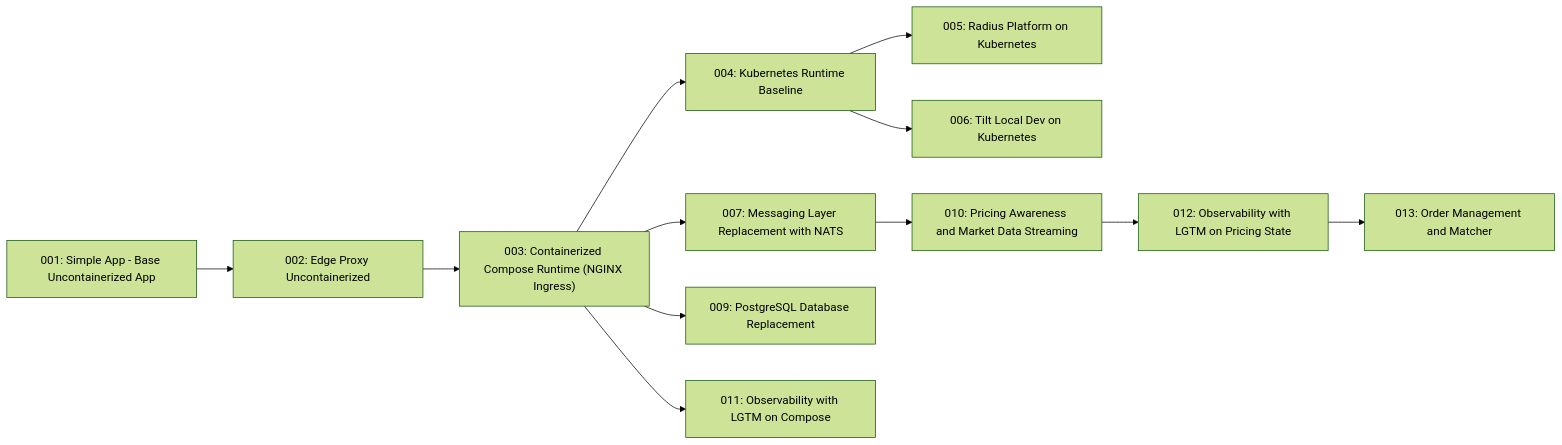
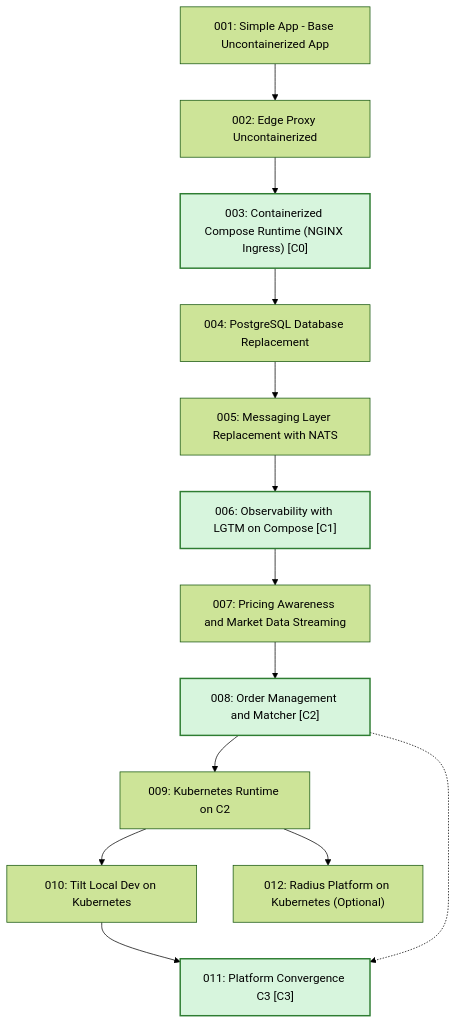
Before and after one commit to finos/traderX: the second of 3 diagrams in docs/spec-kit/visual-learning-graphs.md, drawn with Mermaid (forest theme). The commit also changed other lines of this file and 480 other files, not shown here.

Commit message:
refactor: adopt convergence state model and regenerate docs/runtime artifacts

````diff
--- a/docs/spec-kit/visual-learning-graphs.md
+++ b/docs/spec-kit/visual-learning-graphs.md
@@ -11,38 +36,44 @@
 ```mermaid
-flowchart LR
+flowchart TB
   S001_baseline_uncontainerized_parity["001: Simple App - Base Uncontainerized App"]
   S002_edge_proxy_uncontainerized["002: Edge Proxy Uncontainerized"]
-  S003_containerized_compose_runtime["003: Containerized Compose Runtime (NGINX Ingress)"]
-  S004_kubernetes_runtime["004: Kubernetes Runtime Baseline"]
-  S005_radius_kubernetes_platform["005: Radius Platform on Kubernetes"]
-  S006_tilt_kubernetes_dev_loop["006: Tilt Local Dev on Kubernetes"]
-  S007_messaging_nats_replacement["007: Messaging Layer Replacement with NATS"]
-  S009_postgres_database_replacement["009: PostgreSQL Database Replacement"]
-  S010_pricing_awareness_market_data["010: Pricing Awareness and Market Data Streaming"]
-  S011_observability_lgtm_compose["011: Observability with LGTM on Compose"]
-  S012_observability_on_pricing["012: Observability with LGTM on Pricing State"]
-  S013_order_management_matcher["013: Order Management and Matcher"]
+  S003_containerized_compose_runtime["003: Containerized Compose Runtime (NGINX Ingress) [C0]"]
+  S004_postgres_database_replacement["004: PostgreSQL Database Replacement"]
+  S005_messaging_nats_replacement["005: Messaging Layer Replacement with NATS"]
+  S006_observability_lgtm_compose["006: Observability with LGTM on Compose [C1]"]
+  S007_pricing_awareness_market_data["007: Pricing Awareness and Market Data Streaming"]
+  S008_order_management_matcher["008: Order Management and Matcher [C2]"]
+  S009_kubernetes_runtime["009: Kubernetes Runtime on C2"]
+  S010_tilt_kubernetes_dev_loop["010: Tilt Local Dev on Kubernetes"]
+  S011_platform_convergence_c3["011: Platform Convergence C3 [C3]"]
+  S012_radius_kubernetes_platform["012: Radius Platform on Kubernetes (Optional)"]
   S001_baseline_uncontainerized_parity --> S002_edge_proxy_uncontainerized
   S002_edge_proxy_uncontainerized --> S003_containerized_compose_runtime
-  S003_containerized_compose_runtime --> S004_kubernetes_runtime
-  S004_kubernetes_runtime --> S005_radius_kubernetes_platform
-  S004_kubernetes_runtime --> S006_tilt_kubernetes_dev_loop
-  S003_containerized_compose_runtime --> S007_messaging_nats_replacement
-  S003_containerized_compose_runtime --> S009_postgres_database_replacement
-  S007_messaging_nats_replacement --> S010_pricing_awareness_market_data
-  S003_containerized_compose_runtime --> S011_observability_lgtm_compose
-  S010_pricing_awareness_market_data --> S012_observability_on_pricing
-  S012_observability_on_pricing --> S013_order_management_matcher
+  S003_containerized_compose_runtime --> S004_postgres_database_replacement
+  S004_postgres_database_replacement --> S005_messaging_nats_replacement
+  S005_messaging_nats_replacement --> S006_observability_lgtm_compose
+  S006_observability_lgtm_compose --> S007_pricing_awareness_market_data
+  S007_pricing_awareness_market_data --> S008_order_management_matcher
+  S008_order_management_matcher --> S009_kubernetes_runtime
+  S009_kubernetes_runtime --> S010_tilt_kubernetes_dev_loop
+  S010_tilt_kubernetes_dev_loop --> S011_platform_convergence_c3
+  S009_kubernetes_runtime --> S012_radius_kubernetes_platform
+  S008_order_management_matcher -.-> S011_platform_convergence_c3
   click S001_baseline_uncontainerized_parity href "/specs/baseline-uncontainerized-parity" "Open State 001 Spec Pack"
   click S002_edge_proxy_uncontainerized href "/specs/edge-proxy-uncontainerized" "Open State 002 Spec Pack"
   click S003_containerized_compose_runtime href "/specs/containerized-compose-runtime" "Open State 003 Spec Pack"
-  click S004_kubernetes_runtime href "/specs/kubernetes-runtime" "Open State 004 Spec Pack"
-  click S005_radius_kubernetes_platform href "/specs/radius-kubernetes-platform" "Open State 005 Spec Pack"
-  click S006_tilt_kubernetes_dev_loop href "/specs/tilt-kubernetes-dev-loop" "Open State 006 Spec Pack"
-  click S007_messaging_nats_replacement href "/specs/messaging-nats-replacement" "Open State 007 Spec Pack"
-  click S009_postgres_database_replacement href "/specs/postgres-database-replacement" "Open State 009 Spec Pack"
-  click S010_pricing_awareness_market_data href "/specs/pricing-awareness-market-data" "Open State 010 Spec Pack"
-  click S011_observability_lgtm_compose href "/specs/observability-lgtm-compose" "Open State 011 Spec Pack"
-  click S012_observability_on_pricing href "/specs/observability-on-pricing" "Open State 012 Spec Pack"
-  click S013_order_management_matcher href "/specs/order-management-matcher" "Open State 013 Spec Pack"
+  click S004_postgres_database_replacement href "/specs/postgres-database-replacement" "Open State 004 Spec Pack"
+  click S005_messaging_nats_replacement href "/specs/messaging-nats-replacement" "Open State 005 Spec Pack"
+  click S006_observability_lgtm_compose href "/specs/observability-lgtm-compose" "Open State 006 Spec Pack"
+  click S007_pricing_awareness_market_data href "/specs/pricing-awareness-market-data" "Open State 007 Spec Pack"
+  click S008_order_management_matcher href "/specs/order-management-matcher" "Open State 008 Spec Pack"
+  click S009_kubernetes_runtime href "/specs/kubernetes-runtime" "Open State 009 Spec Pack"
+  click S010_tilt_kubernetes_dev_loop href "/specs/tilt-kubernetes-dev-loop" "Open State 010 Spec Pack"
+  click S011_platform_convergence_c3 href "/specs/platform-convergence-c3" "Open State 011 Spec Pack"
+  click S012_radius_kubernetes_platform href "/specs/radius-kubernetes-platform" "Open State 012 Spec Pack"
+  classDef convergence fill:#d7f5dd,stroke:#2e7d32,stroke-width:2px
+  class S003_containerized_compose_runtime convergence
+  class S006_observability_lgtm_compose convergence
+  class S008_order_management_matcher convergence
+  class S011_platform_convergence_c3 convergence
 ```
````
